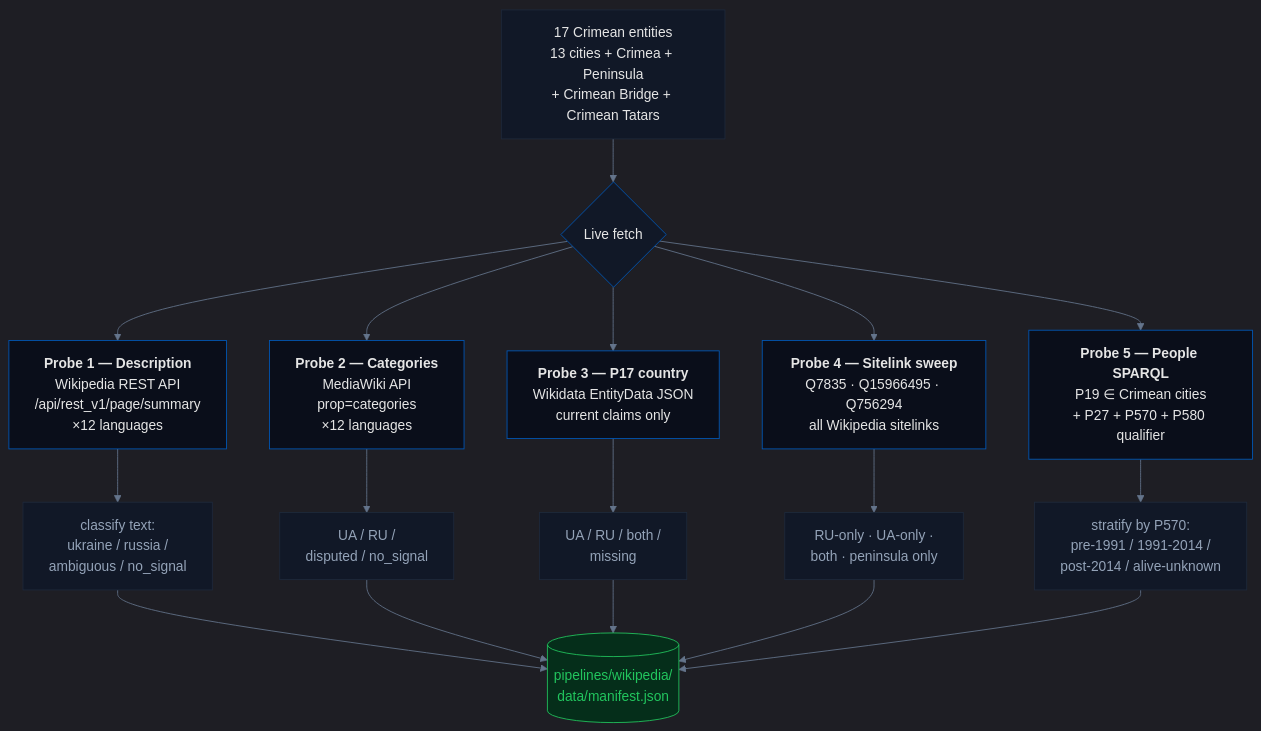
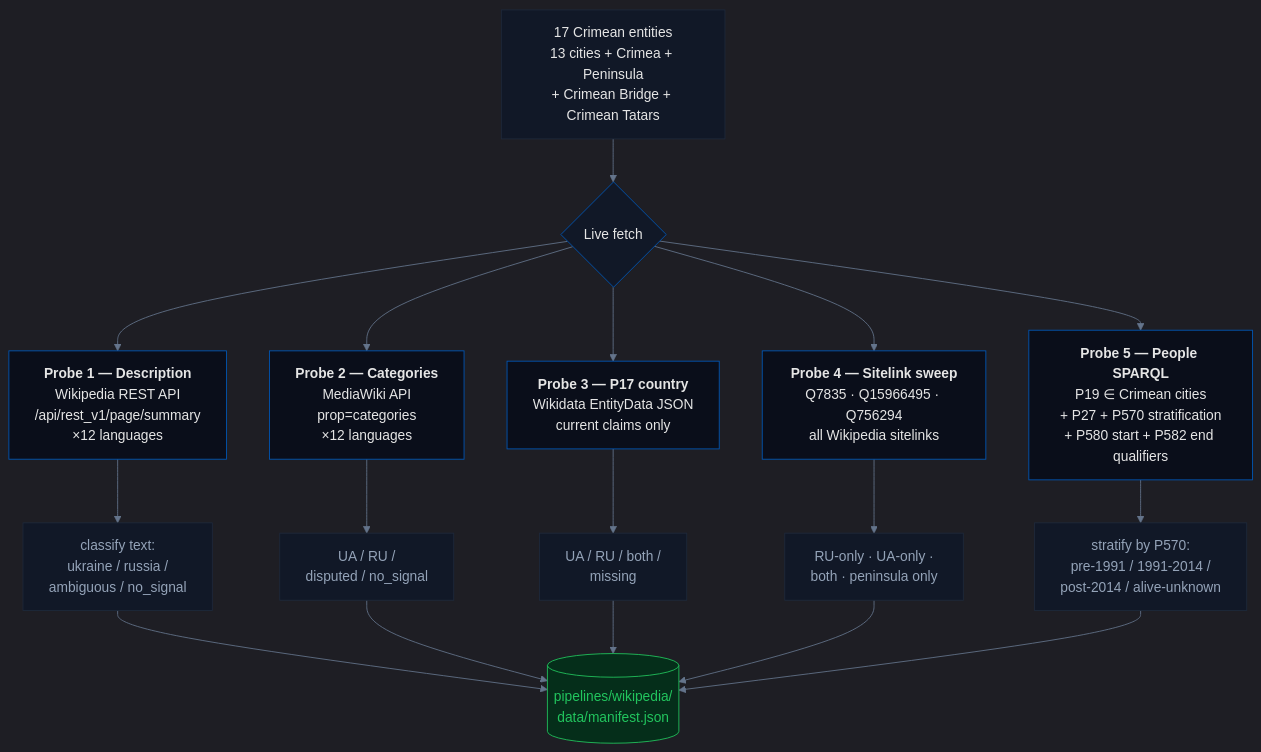
One commit to IvanDobrovolsky/crimeaisukraine changed the second of 2 diagrams in pipelines/wikipedia/README.md. Above: the diagram before and after it, drawn with Mermaid. The commit also changed other lines of this file and 6 other files, not shown here.

````diff
--- a/pipelines/wikipedia/README.md
+++ b/pipelines/wikipedia/README.md
@@ -70,37 +70,37 @@
 ```mermaid
 %%{init: {'theme': 'dark', 'themeVariables': {'primaryColor': '#0057b7', 'primaryTextColor': '#e5e5e5', 'lineColor': '#64748b', 'primaryBorderColor': '#1e293b'}}}%%
 flowchart TB
     INPUT["17 Crimean entities<br/>13 cities + Crimea + Peninsula<br/>+ Crimean Bridge + Crimean Tatars"] --> SPLIT{Live fetch}
 
     SPLIT --> P1["<b>Probe 1 — Description</b><br/>Wikipedia REST API<br/>/api/rest_v1/page/summary<br/>×12 languages"]
     SPLIT --> P2["<b>Probe 2 — Categories</b><br/>MediaWiki API<br/>prop=categories<br/>×12 languages"]
     SPLIT --> P3["<b>Probe 3 — P17 country</b><br/>Wikidata EntityData JSON<br/>current claims only"]
     SPLIT --> P4["<b>Probe 4 — Sitelink sweep</b><br/>Q7835 · Q15966495 · Q756294<br/>all Wikipedia sitelinks"]
-    SPLIT --> P5["<b>Probe 5 — People SPARQL</b><br/>P19 ∈ Crimean cities<br/>+ P27 + P570 + P580 qualifier"]
+    SPLIT --> P5["<b>Probe 5 — People SPARQL</b><br/>P19 ∈ Crimean cities<br/>+ P27 + P570 stratification<br/>+ P580 start + P582 end qualifiers"]
 
     P1 --> CLS1["classify text:<br/>ukraine / russia /<br/>ambiguous / no_signal"]
     P2 --> CLS2["UA / RU /<br/>disputed / no_signal"]
     P3 --> CLS3["UA / RU / both /<br/>missing"]
     P4 --> CLS4["RU-only · UA-only ·<br/>both · peninsula only"]
     P5 --> CLS5["stratify by P570:<br/>pre-1991 / 1991-2014 /<br/>post-2014 / alive-unknown"]
 
     CLS1 --> MANIFEST[("pipelines/wikipedia/<br/>data/manifest.json")]
     CLS2 --> MANIFEST
     CLS3 --> MANIFEST
     CLS4 --> MANIFEST
     CLS5 --> MANIFEST
 
     style INPUT fill:#111827,stroke:#1e293b,color:#e5e5e5
     style SPLIT fill:#111827,stroke:#0057b7,color:#e5e5e5
     style P1 fill:#0a0e1a,stroke:#0057b7,color:#e5e5e5
     style P2 fill:#0a0e1a,stroke:#0057b7,color:#e5e5e5
     style P3 fill:#0a0e1a,stroke:#0057b7,color:#e5e5e5
     style P4 fill:#0a0e1a,stroke:#0057b7,color:#e5e5e5
     style P5 fill:#0a0e1a,stroke:#0057b7,color:#e5e5e5
     style CLS1 fill:#111827,stroke:#1e293b,color:#94a3b8
     style CLS2 fill:#111827,stroke:#1e293b,color:#94a3b8
     style CLS3 fill:#111827,stroke:#1e293b,color:#94a3b8
     style CLS4 fill:#111827,stroke:#1e293b,color:#94a3b8
     style CLS5 fill:#111827,stroke:#1e293b,color:#94a3b8
     style MANIFEST fill:#052e1a,stroke:#22c55e,color:#22c55e
 ```
````
